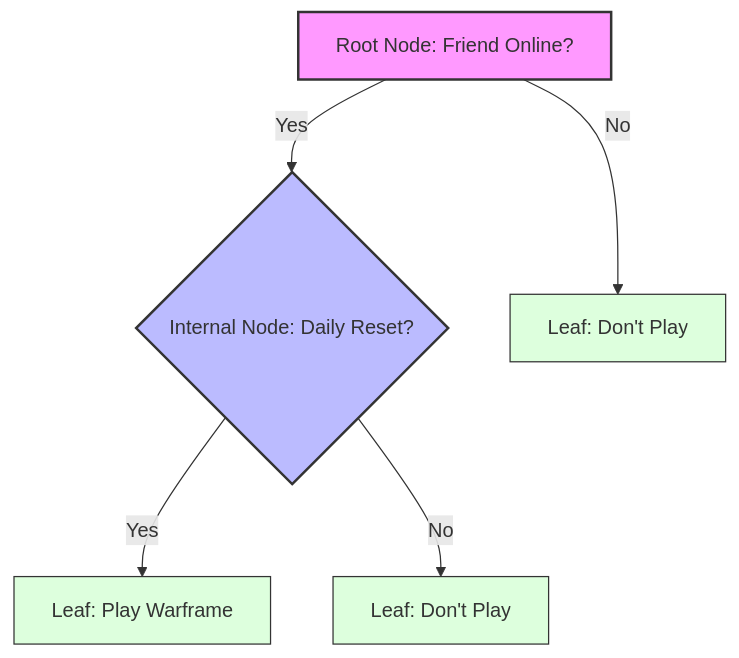
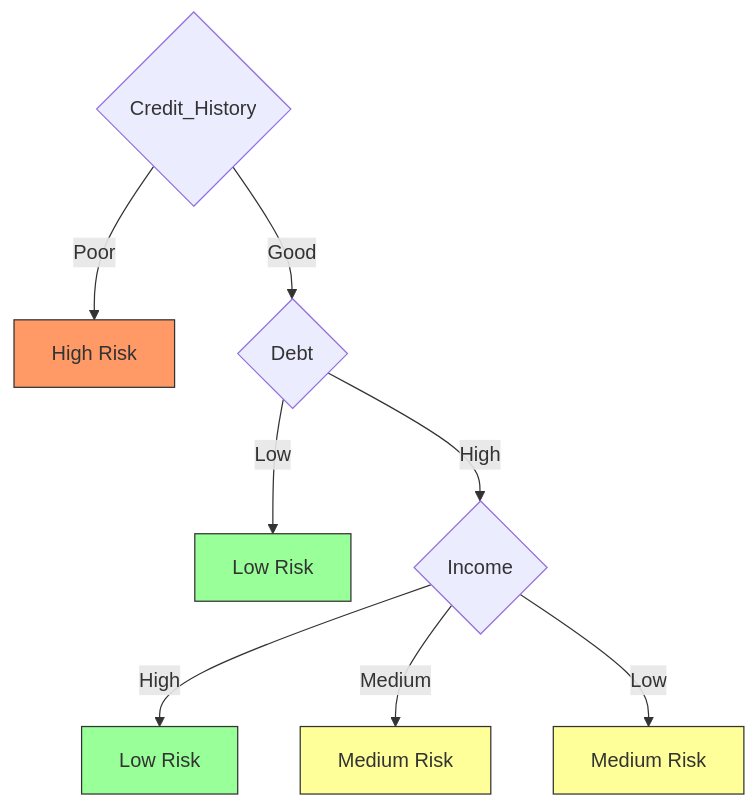
Before and after one commit to Jeswin-8801/Obsidian-Notes: the diagram in AI&ML-Foundations/00 - Machine Learning/01 - Core Theory/Supervised/Classification/ID3.md, drawn with Mermaid. The commit also changed other lines of this file and 21 other files, not shown here.

````diff
--- a/AI&ML-Foundations/00 - Machine Learning/01 - Core Theory/Supervised/Classification/ID3.md
+++ b/AI&ML-Foundations/00 - Machine Learning/01 - Core Theory/Supervised/Classification/ID3.md
@@ -3,15 +79,20 @@
 ```mermaid
+graph TD
+    Root{Credit_History}
+    
+    Root -- Poor --> Leaf1[High Risk]
+    Root -- Good --> Node2{Debt}
+    
+    Node2 -- Low --> Leaf2[Low Risk]
+    Node2 -- High --> Node3{Income}
+    
+    Node3 -- High --> Leaf3[Low Risk]
+    Node3 -- Medium --> Leaf4[Medium Risk]
+    Node3 -- Low --> Leaf5[Medium Risk]
 
-graph TD
-    A[Root Node: Friend Online?] -- Yes --> B{Internal Node: Daily Reset?}
-    A -- No --> C[Leaf: Don't Play]
-    
-    B -- Yes --> D[Leaf: Play Warframe]
-    B -- No --> E[Leaf: Don't Play]
-
-    style A fill:#f9f,stroke:#333,stroke-width:2px
-    style B fill:#bbf,stroke:#333,stroke-width:2px
-    style C fill:#dfd,stroke:#333,stroke-width:1px
-    style D fill:#dfd,stroke:#333,stroke-width:1px
-    style E fill:#dfd,stroke:#333,stroke-width:1px
+    style Leaf1 fill:#f96,stroke:#333
+    style Leaf2 fill:#9f9,stroke:#333
+    style Leaf3 fill:#9f9,stroke:#333
+    style Leaf4 fill:#ff9,stroke:#333
+    style Leaf5 fill:#ff9,stroke:#333
 ```
````
